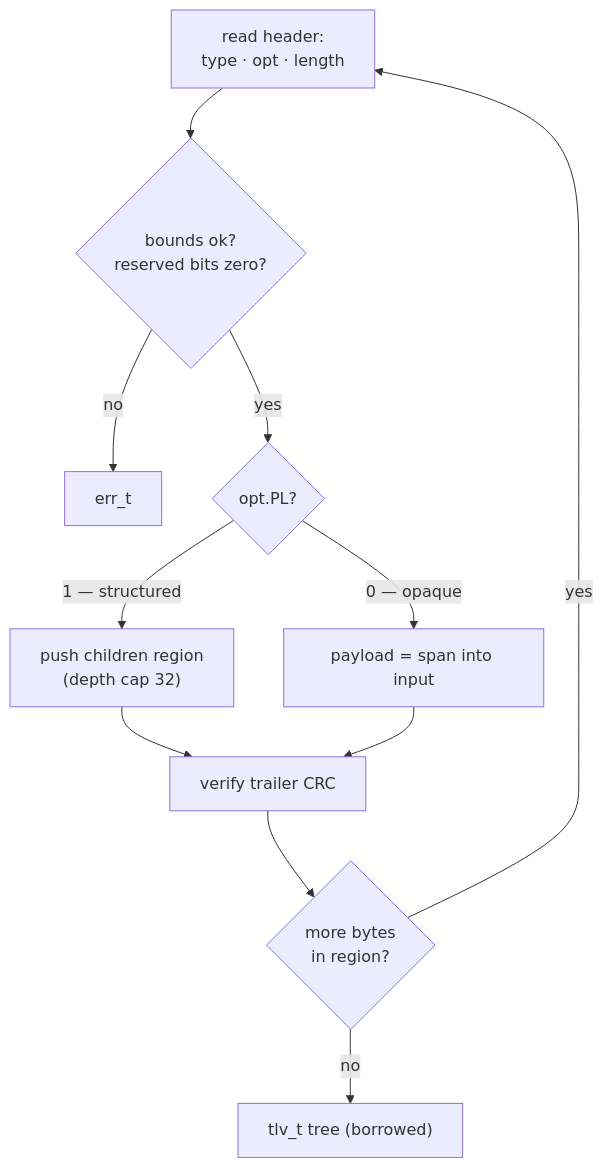
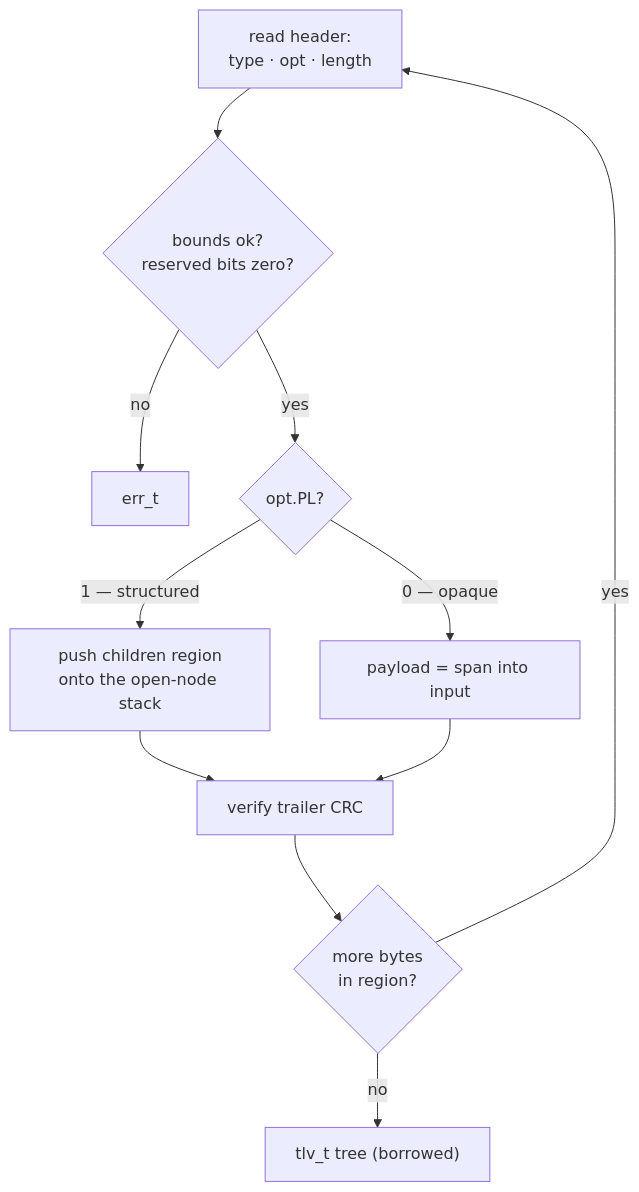
Before and after one commit to avatarsd-llc/libtracer: the diagram in docs/modules/frame-codec.md, drawn with Mermaid. The commit also changed other lines of this file and 45 other files, not shown here.

````diff
--- a/docs/modules/frame-codec.md
+++ b/docs/modules/frame-codec.md
@@ -22,13 +24,13 @@
 ```{mermaid}
 flowchart TD
     H["read header:<br/>type · opt · length"] --> V{"bounds ok?<br/>reserved bits zero?"}
     V -->|no| E["err_t"]
     V -->|yes| P{"opt.PL?"}
-    P -->|"1 — structured"| C["push children region<br/>(depth cap 32)"]
+    P -->|"1 — structured"| C["push children region<br/>onto the open-node stack"]
     P -->|"0 — opaque"| O["payload = span into input"]
     C --> T["verify trailer CRC"]
     O --> T
     T --> N{"more bytes<br/>in region?"}
     N -->|yes| H
     N -->|no| D["tlv_t tree (borrowed)"]
 ```
````
